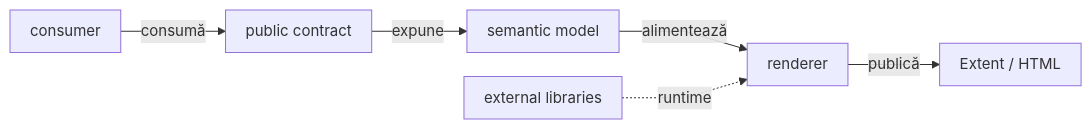
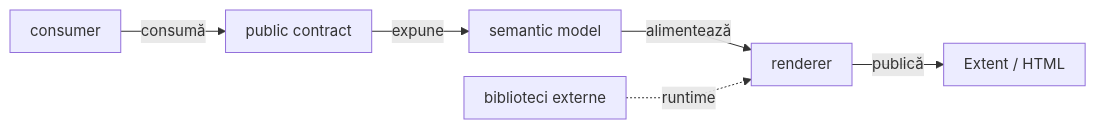
The first of 18 diagrams in atf-reporting/README.md (crististefanita/atf_j0), drawn with Mermaid before and after one commit. The commit also changed other lines of this file and 113 other files, not shown here.

````diff
--- a/atf-reporting/README.md
+++ b/atf-reporting/README.md
@@ -126,9 +121,9 @@
 ```mermaid
 %%{init: {"themeVariables":{"fontSize":"15px"},"themeCSS":".nodeLabel, .nodeLabel p { font-size: 15px !important; line-height: 1.35 !important; } .edgeLabel, .edgeLabel p { font-size: 12px !important; font-weight: 400 !important; line-height: 1.2 !important; } .edgeLabel .labelBkg, .edgeLabel p { background: transparent !important; } .edgeLabel foreignObject { transform: translateY(-18px); overflow: visible; } .node rect { rx: 6px; ry: 6px; }","flowchart":{"curve":"linear","nodeSpacing":24,"rankSpacing":40,"padding":10,"diagramPadding":16}}}%%
 flowchart LR
     Consumer[consumer] -->|consumă| Contract[public contract]
     Contract -->|expune| Model[semantic model]
     Model -->|alimentează| Renderer[renderer]
     Renderer -->|publică| Artifact[Extent / HTML]
-    Vendor[external libraries] -. runtime .-> Renderer
+    Vendor[biblioteci externe] -. runtime .-> Renderer
 ```
````
